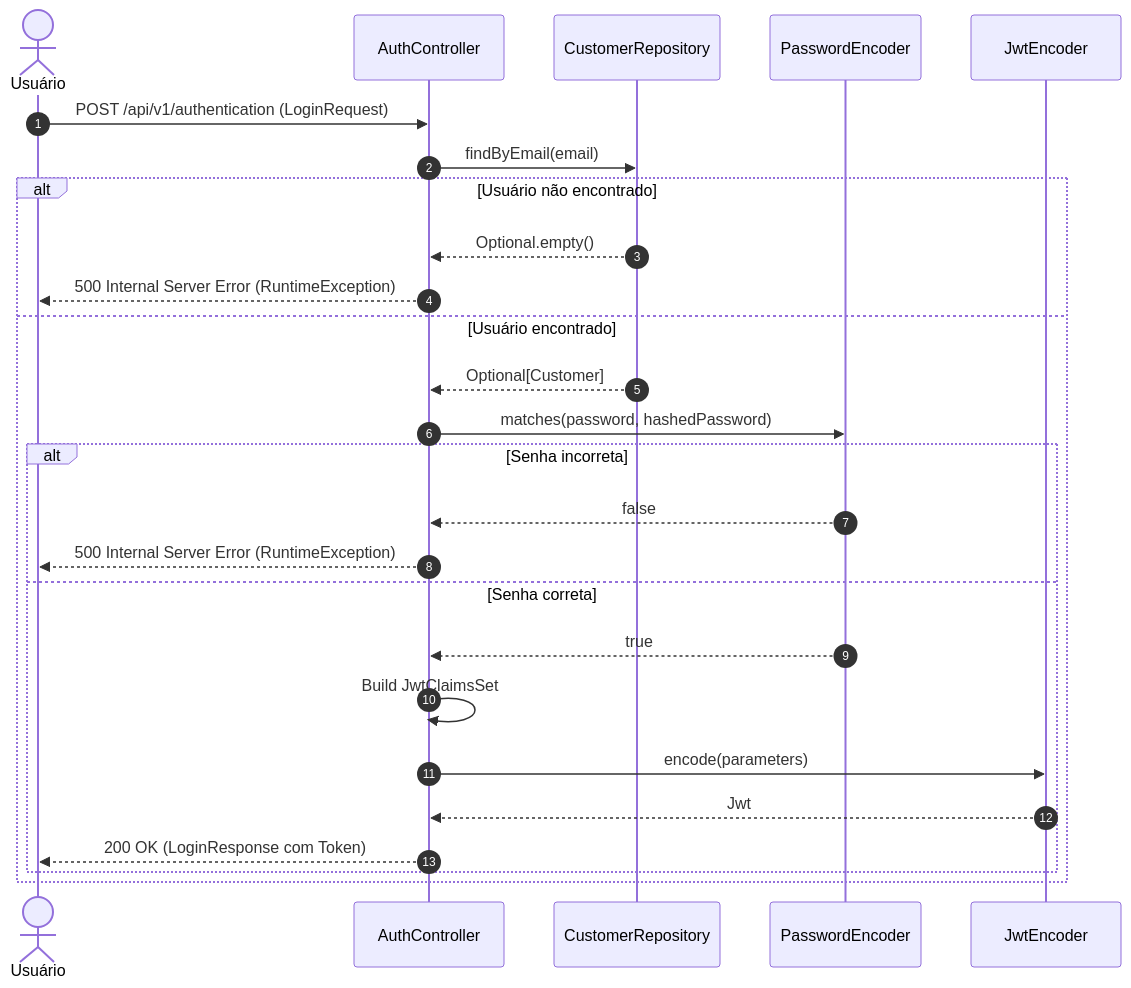
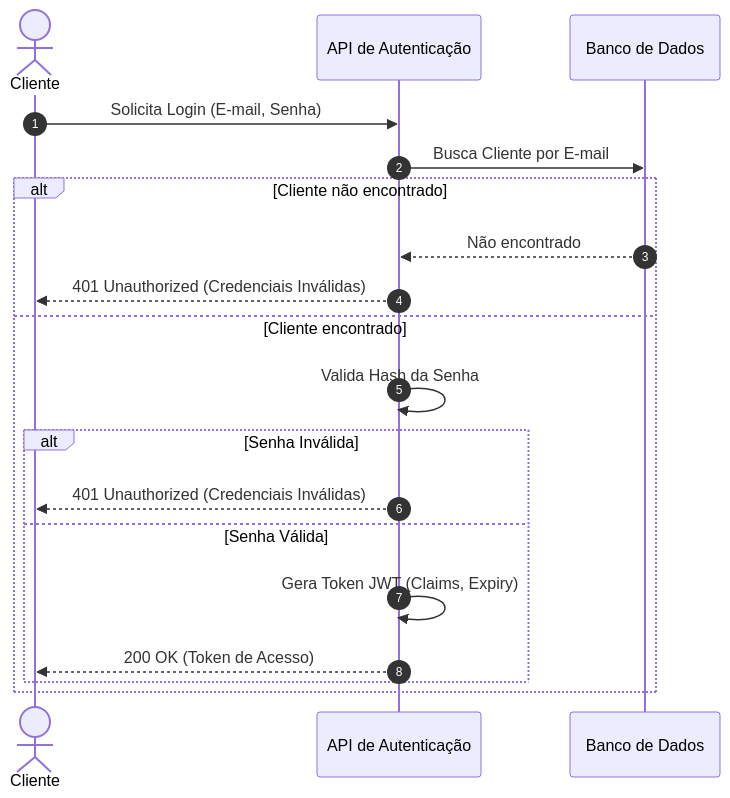
Before and after one commit to davidalmeida14/recargapay-wallet-service: the diagram in docs/sequence-login.md, drawn with Mermaid. The commit also changed other lines of this file and 4 other files, not shown here.

Commit message:
Update sequence diagrams in documentation to reflect revised transactional flows and asynchronous processing

````diff
--- a/docs/sequence-login.md
+++ b/docs/sequence-login.md
@@ -5,31 +5,23 @@
 ```mermaid
 sequenceDiagram
     autonumber
-    actor Usuário
-    participant API as AuthController
-    participant Repo as CustomerRepository
-    participant Encoder as PasswordEncoder
-    participant JWT as JwtEncoder
+    actor Cliente
+    participant API as API de Autenticação
+    participant DB as Banco de Dados
 
-    Usuário->>API: POST /api/v1/authentication (LoginRequest)
-    API->>Repo: findByEmail(email)
+    Cliente->>API: Solicita Login (E-mail, Senha)
     
-    alt Usuário não encontrado
-        Repo-->>API: Optional.empty()
-        API-->>Usuário: 500 Internal Server Error (RuntimeException)
-    else Usuário encontrado
-        Repo-->>API: Optional[Customer]
-        API->>Encoder: matches(password, hashedPassword)
-        
-        alt Senha incorreta
-            Encoder-->>API: false
-            API-->>Usuário: 500 Internal Server Error (RuntimeException)
-        else Senha correta
-            Encoder-->>API: true
-            API->>API: Build JwtClaimsSet
-            API->>JWT: encode(parameters)
-            JWT-->>API: Jwt
-            API-->>Usuário: 200 OK (LoginResponse com Token)
+    API->>DB: Busca Cliente por E-mail
+    alt Cliente não encontrado
+        DB-->>API: Não encontrado
+        API-->>Cliente: 401 Unauthorized (Credenciais Inválidas)
+    else Cliente encontrado
+        API->>API: Valida Hash da Senha
+        alt Senha Inválida
+            API-->>Cliente: 401 Unauthorized (Credenciais Inválidas)
+        else Senha Válida
+            API->>API: Gera Token JWT (Claims, Expiry)
+            API-->>Cliente: 200 OK (Token de Acesso)
         end
     end
 ```
````
